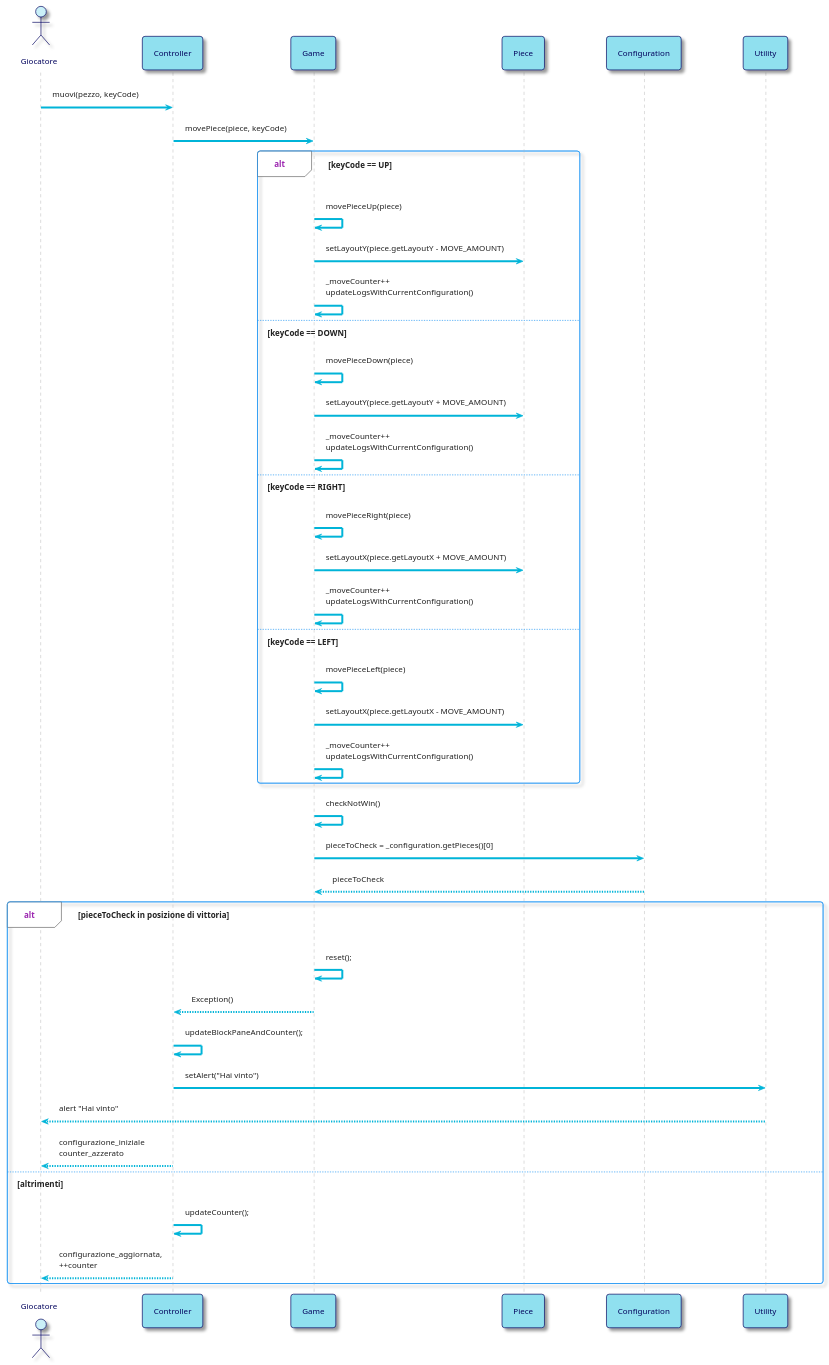
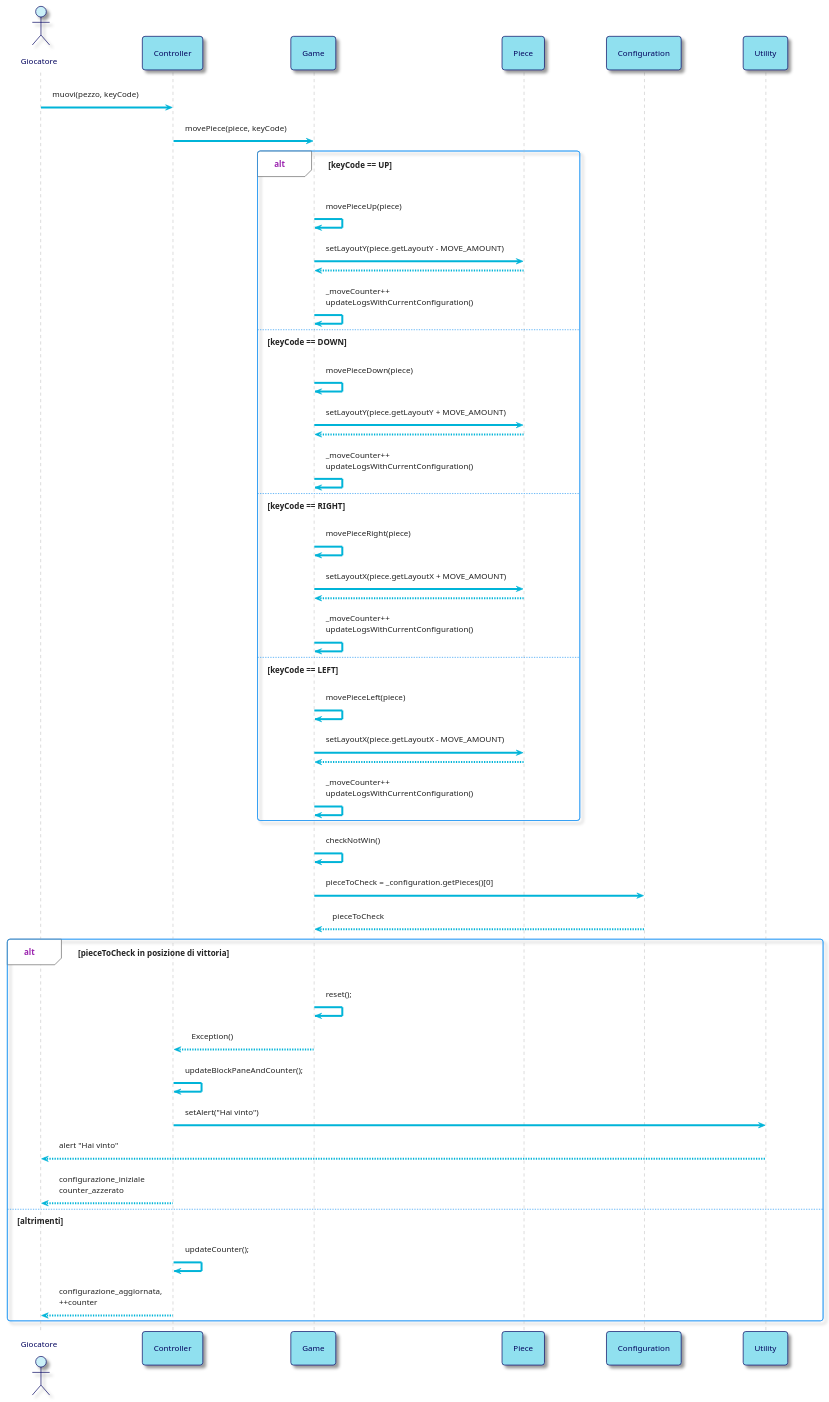
The second of 6 diagrams in resources/Sequence_Diagrams.md (bellins14/klotski_gruppo2), drawn with PlantUML before and after one commit.

````diff
--- a/resources/Sequence_Diagrams.md
+++ b/resources/Sequence_Diagrams.md
@@ -88,73 +88,75 @@
 ```plantuml
 @startuml
 !theme materia-outline
 
 skinparam ArrowColor #00B4D8
 skinparam ActorBorderColor #03045E
 skinparam ActorFontColor #03045E
 skinparam ActorBackgroundColor #CAF0F8
 skinparam ParticipantFontColor #03045E
 skinparam ParticipantBorderColor #03045E
 skinparam ParticipantBackgroundColor #90E0EF
 skinparam DatabaseBorderColor #03045E
 skinparam DatabaseBackgroundColor #00B4D8
 skinparam DatabaseFontColor #03045E
 skinparam BackgroundColor #FFFFFF
 
 actor Giocatore 
 participant Controller
 participant Game
 participant Piece
 
 
 Giocatore -> Controller: muovi(pezzo, keyCode)
 Controller -> Game: movePiece(piece, keyCode)
 alt keyCode == UP
 Game -> Game: movePieceUp(piece)
 
 Game -> Piece: setLayoutY(piece.getLayoutY - MOVE_AMOUNT)
+Piece --> Game
 Game -> Game: _moveCounter++ \nupdateLogsWithCurrentConfiguration()
 
 else keyCode == DOWN 
 Game -> Game: movePieceDown(piece)
 
 Game -> Piece: setLayoutY(piece.getLayoutY + MOVE_AMOUNT)
+Piece --> Game
 Game -> Game: _moveCounter++ \nupdateLogsWithCurrentConfiguration()
 
 else keyCode == RIGHT 
 Game -> Game: movePieceRight(piece)
 
 Game -> Piece: setLayoutX(piece.getLayoutX + MOVE_AMOUNT)
+Piece --> Game
 Game -> Game: _moveCounter++ \nupdateLogsWithCurrentConfiguration()
 
 else keyCode == LEFT 
 Game -> Game: movePieceLeft(piece)
 
 Game -> Piece: setLayoutX(piece.getLayoutX - MOVE_AMOUNT)
+Piece --> Game
 Game -> Game: _moveCounter++ \nupdateLogsWithCurrentConfiguration()
 
 end
 
 Game -> Game: checkNotWin()
 Game -> Configuration: pieceToCheck = _configuration.getPieces()[0]
 Configuration --> Game: pieceToCheck
 
 alt pieceToCheck in posizione di vittoria
 Game -> Game: reset();
 Game --> Controller: Exception()
 Controller -> Controller: updateBlockPaneAndCounter();
 Controller -> Utility: setAlert("Hai vinto")
 Utility --> Giocatore: alert "Hai vinto"
 Controller-->Giocatore: configurazione_iniziale \ncounter_azzerato
 
 
 
 else altrimenti
 Controller -> Controller: updateCounter();
 Controller-->Giocatore: configurazione_aggiornata,\n++counter
 end
 
-
-
 @enduml
 ```
````
